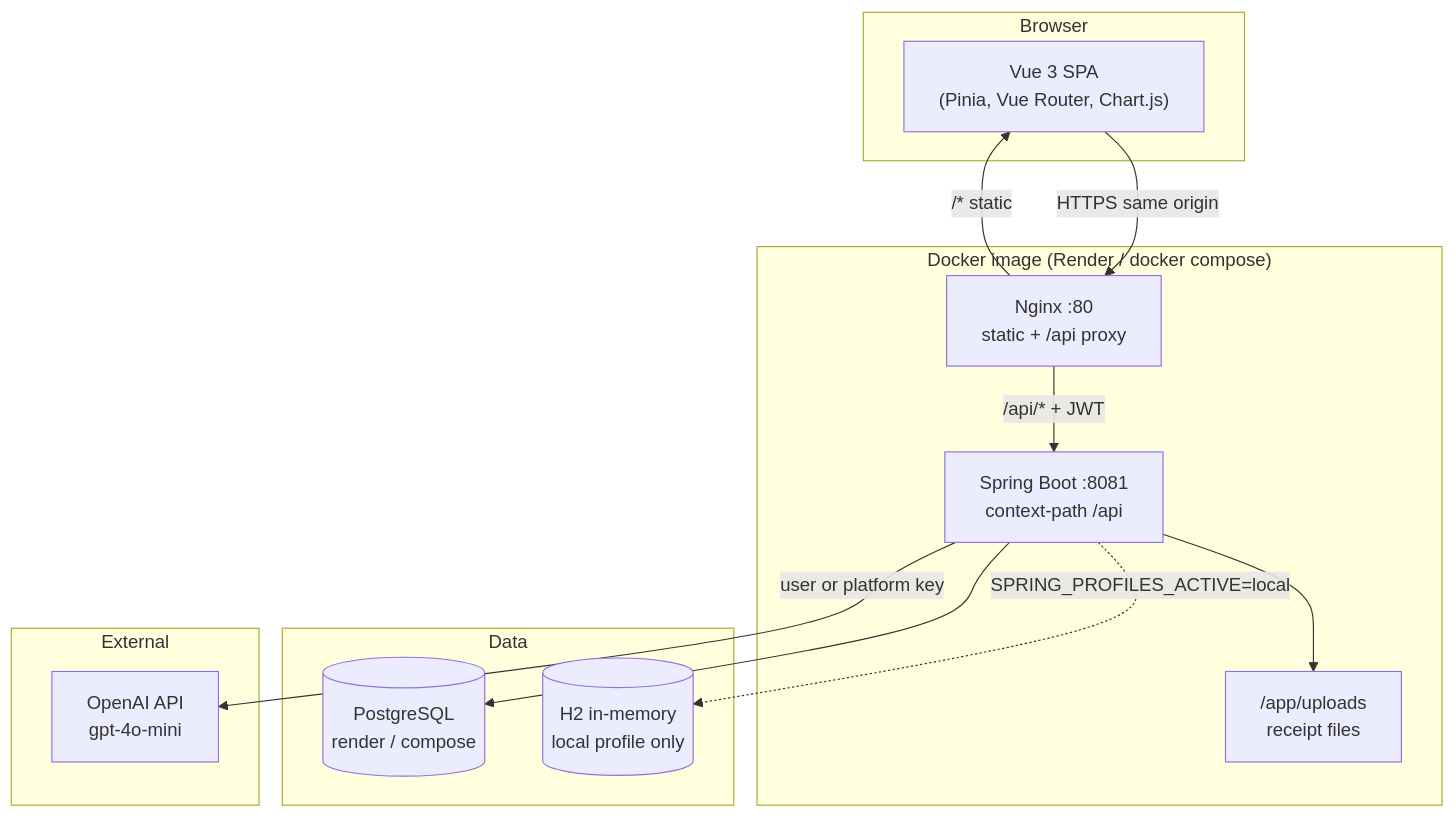
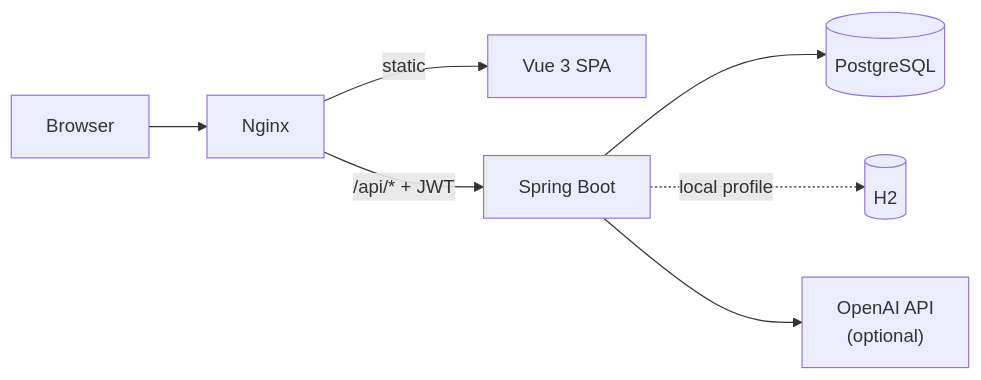
Before and after one commit to vishtechie07/ai-personal-finance-manager: the diagram in README.md, drawn with Mermaid. The commit also changed other lines of this file and 15 other files, not shown here.

````diff
--- a/README.md
+++ b/README.md
@@ -34,29 +145,9 @@
 ```mermaid
-flowchart TB
-  subgraph Browser
-    UI["Vue 3 SPA\n(Pinia, Vue Router, Chart.js)"]
-  end
-
-  subgraph Container["Docker image (Render / docker compose)"]
-    NGX["Nginx :80\nstatic + /api proxy"]
-    API["Spring Boot :8081\ncontext-path /api"]
-    VOL["/app/uploads\nreceipt files"]
-  end
-
-  subgraph Data
-    PG[("PostgreSQL\nrender / compose")]
-    H2[("H2 in-memory\nlocal profile only")]
-  end
-
-  subgraph External
-    OAI["OpenAI API\ngpt-4o-mini"]
-  end
-
-  UI -->|"HTTPS same origin"| NGX
-  NGX -->|"/* static"| UI
-  NGX -->|"/api/* + JWT"| API
-  API --> PG
-  API -.->|"SPRING_PROFILES_ACTIVE=local"| H2
-  API --> VOL
-  API -->|"user or platform key"| OAI
+flowchart LR
+  Browser --> Nginx
+  Nginx -->|static| Vue["Vue 3 SPA"]
+  Nginx -->|"/api/* + JWT"| API["Spring Boot"]
+  API --> PG[(PostgreSQL)]
+  API -.->|local profile| H2[(H2)]
+  API --> OpenAI["OpenAI API\n(optional)"]
 ```
````
